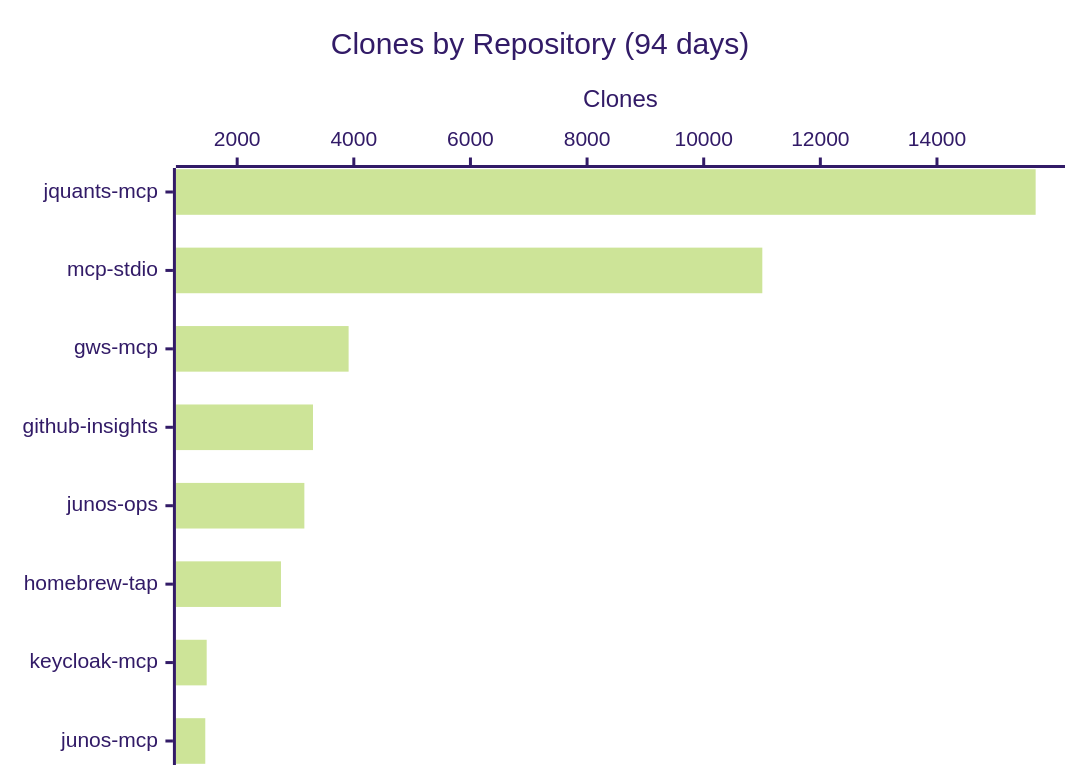
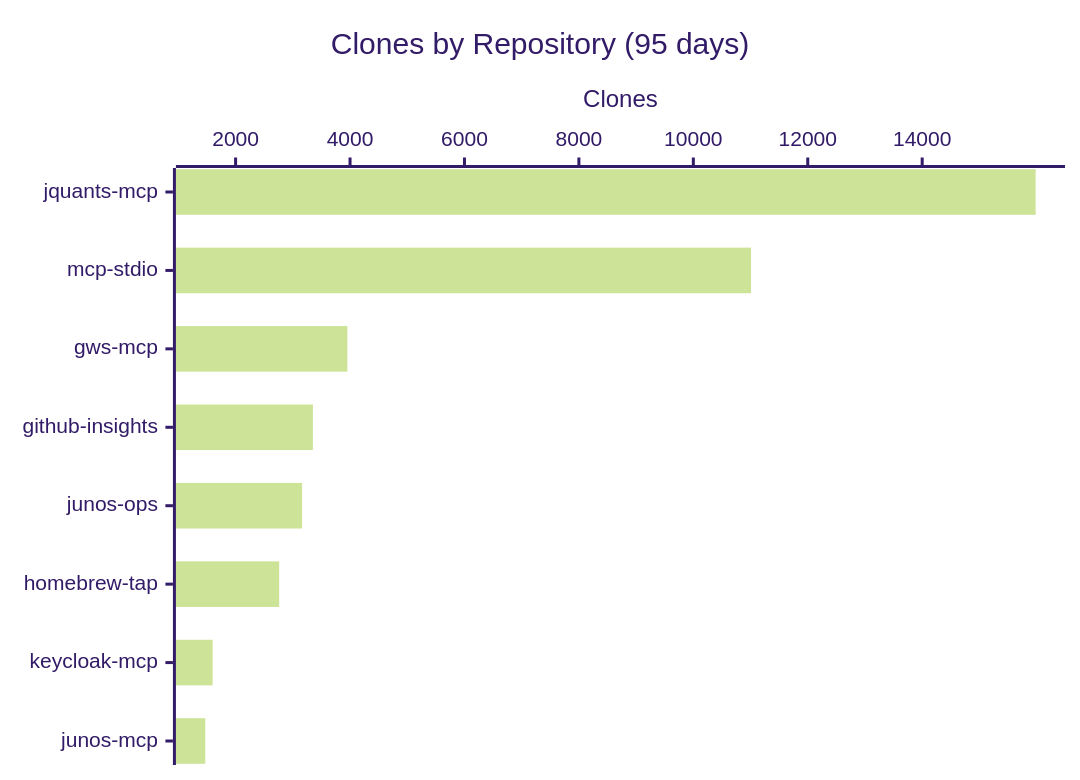
The third of 3 diagrams in README.md (shigechika/github-insights), drawn with Mermaid (forest theme) before and after one commit. The commit also changed other lines of this file and 2 other files, not shown here.

````diff
--- a/README.md
+++ b/README.md
@@ -43,7 +43,7 @@
 ```mermaid
 xychart-beta horizontal
-    title "Clones by Repository (94 days)"
+    title "Clones by Repository (95 days)"
     x-axis ["jquants-mcp", "mcp-stdio", "gws-mcp", "github-insights", "junos-ops", "homebrew-tap", "keycloak-mcp", "junos-mcp"]
     y-axis "Clones"
-    bar [15692, 11005, 3911, 3300, 3152, 2751, 1477, 1453]
+    bar [15983, 11009, 3954, 3351, 3162, 2762, 1599, 1470]
 ```
````
